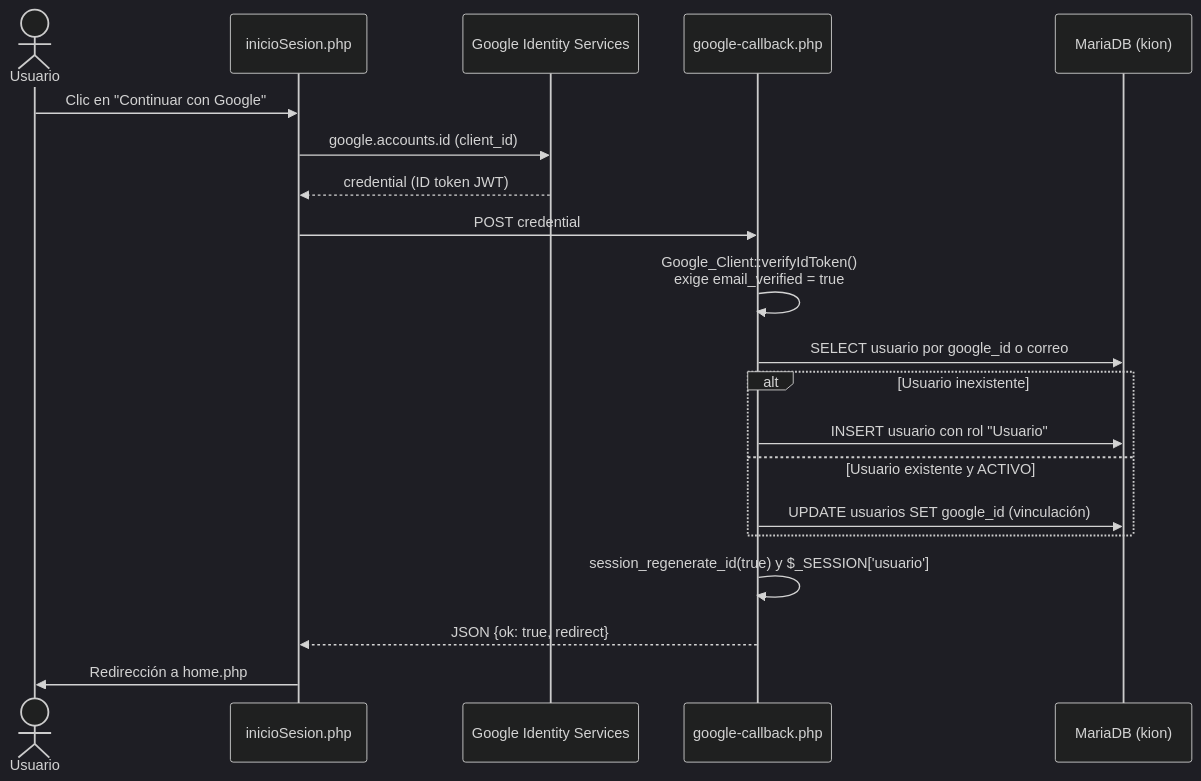
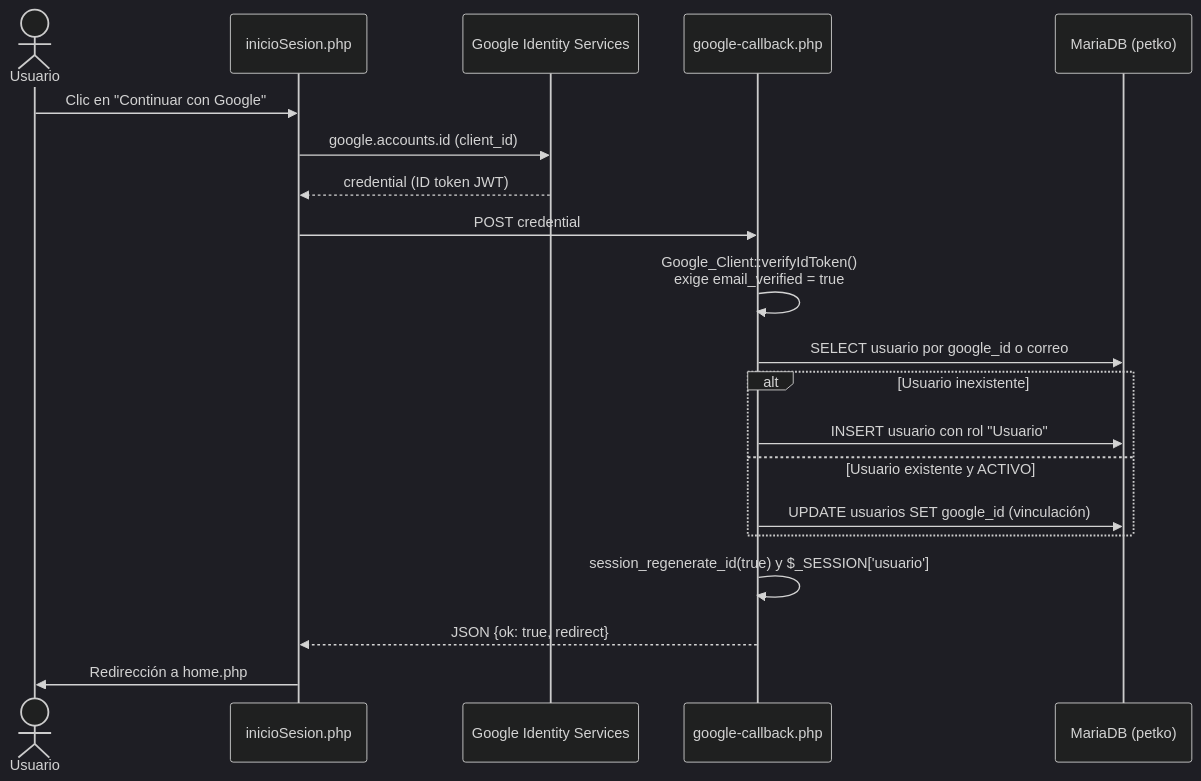
One commit to Davso-0/PETKO changed the second of 4 diagrams in README.md. Above: the diagram before and after it, drawn with Mermaid (dark theme). The commit also changed other lines of this file, not shown here.

First line of the commit message:
Revise README for project name change to PETKO

````diff
--- a/README.md
+++ b/README.md
@@ -270,23 +287,23 @@
 ```mermaid
 sequenceDiagram
     actor U as Usuario
     participant L as inicioSesion.php
     participant G as Google Identity Services
     participant C as google-callback.php
-    participant DB as MariaDB (kion)
+    participant DB as MariaDB (petko)
 
     U->>L: Clic en "Continuar con Google"
     L->>G: google.accounts.id (client_id)
     G-->>L: credential (ID token JWT)
     L->>C: POST credential
     C->>C: Google_Client::verifyIdToken()<br/>exige email_verified = true
     C->>DB: SELECT usuario por google_id o correo
     alt Usuario inexistente
         C->>DB: INSERT usuario con rol "Usuario"
     else Usuario existente y ACTIVO
         C->>DB: UPDATE usuarios SET google_id (vinculación)
     end
     C->>C: session_regenerate_id(true) y $_SESSION['usuario']
     C-->>L: JSON {ok: true, redirect}
     L->>U: Redirección a home.php
 ```
````
